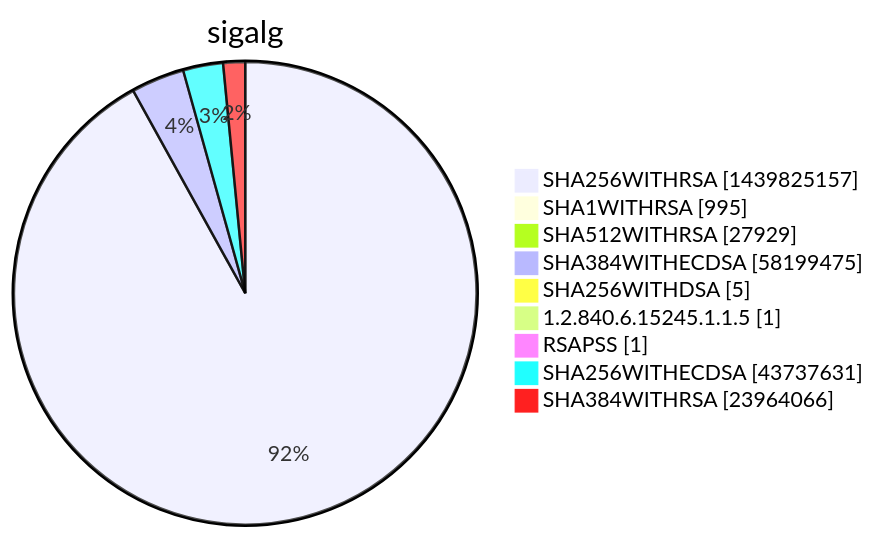
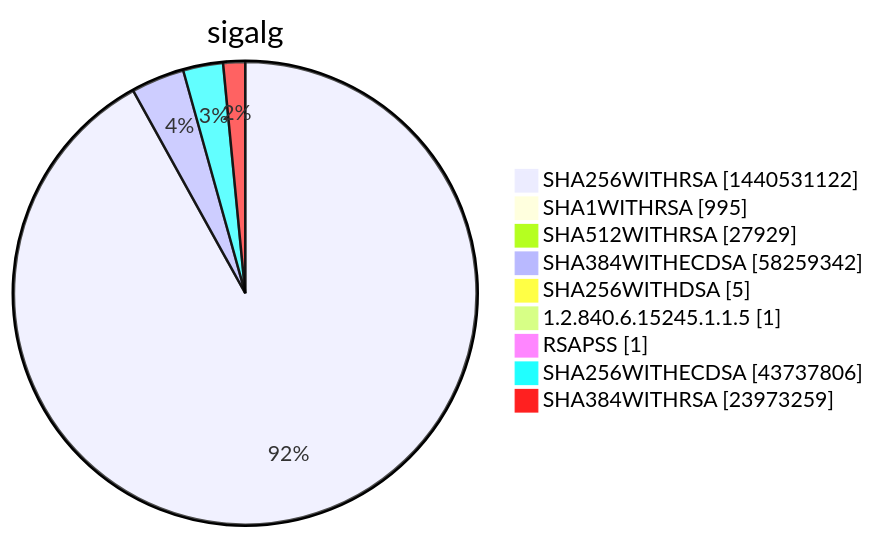
Before and after one commit to christiankrug/ctmonitor_visualization: diagram 15 of 15 in xenon2022/README.md, drawn with Mermaid. The commit also changed other lines of this file, not shown here.

````diff
--- a/xenon2022/README.md
+++ b/xenon2022/README.md
@@ -5861,13 +5861,13 @@
 ```mermaid
 pie showData
 title sigalg
-"SHA256WITHRSA" :1439825157
+"SHA256WITHRSA" :1440531122
 "SHA1WITHRSA" :995
 "SHA512WITHRSA" :27929
-"SHA384WITHECDSA" :58199475
+"SHA384WITHECDSA" :58259342
 "SHA256WITHDSA" :5
 "1.2.840.6.15245.1.1.5" :1
 "RSAPSS" :1
-"SHA256WITHECDSA" :43737631
-"SHA384WITHRSA" :23964066
+"SHA256WITHECDSA" :43737806
+"SHA384WITHRSA" :23973259
 ```
````
